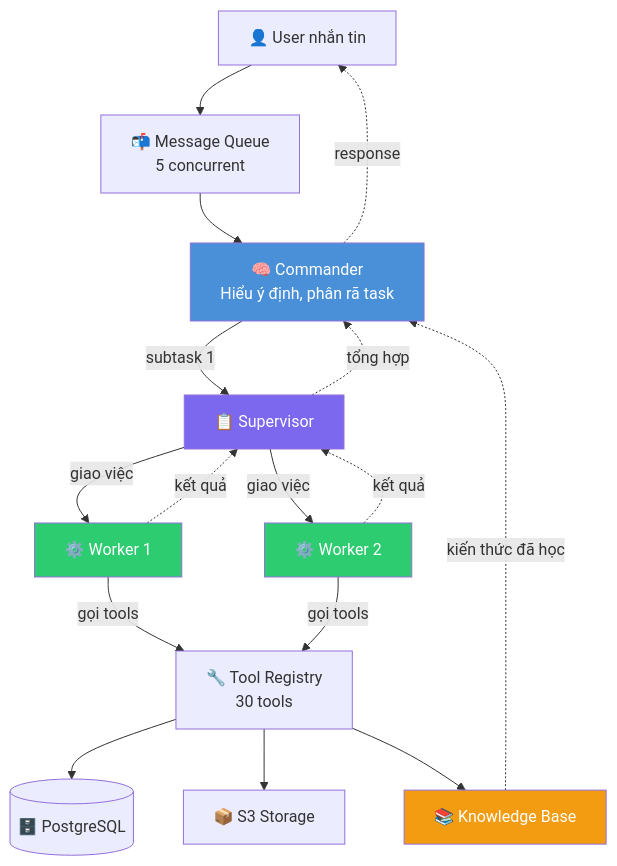
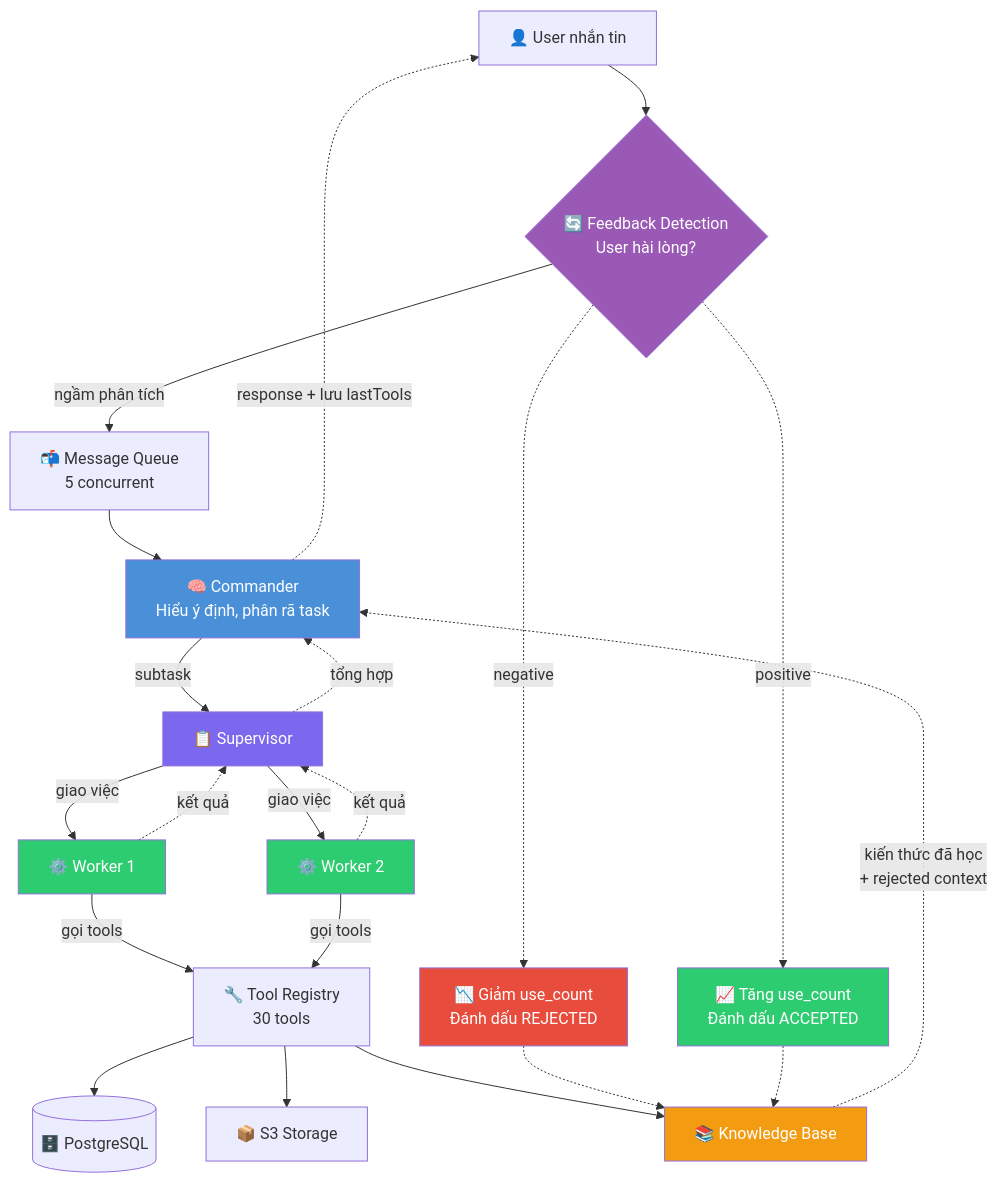
Before and after one commit to TungND2k2/OpenClaw: the second of 4 diagrams in README.md, drawn with Mermaid. The commit also changed other lines of this file, not shown here.

Commit message:
docs: add feedback loop to agent pipeline diagram

````diff
--- a/README.md
+++ b/README.md
@@ -51,25 +51,34 @@
 ```mermaid
 graph TD
-    U[👤 User nhắn tin] --> Q[📬 Message Queue<br/>5 concurrent]
+    U[👤 User nhắn tin] --> FB{🔄 Feedback Detection<br/>User hài lòng?}
+    FB -->|ngầm phân tích| Q[📬 Message Queue<br/>5 concurrent]
+    FB -.->|negative| KB_UPDATE[📉 Giảm use_count<br/>Đánh dấu REJECTED]
+    FB -.->|positive| KB_UP[📈 Tăng use_count<br/>Đánh dấu ACCEPTED]
+
     Q --> C[🧠 Commander<br/>Hiểu ý định, phân rã task]
 
-    C -->|subtask 1| S1[📋 Supervisor]
+    C -->|subtask| S1[📋 Supervisor]
     S1 -->|giao việc| W1[⚙️ Worker 1]
     S1 -->|giao việc| W2[⚙️ Worker 2]
 
     W1 & W2 -->|gọi tools| T[🔧 Tool Registry<br/>30 tools]
     T --> DB[(🗄️ PostgreSQL)]
     T --> S3[📦 S3 Storage]
     T --> KB[📚 Knowledge Base]
 
-    KB -.->|kiến thức đã học| C
+    KB -.->|kiến thức đã học<br/>+ rejected context| C
+    KB_UPDATE -.-> KB
+    KB_UP -.-> KB
     W1 & W2 -.->|kết quả| S1
     S1 -.->|tổng hợp| C
-    C -.->|response| U
+    C -.->|response + lưu lastTools| U
 
     style C fill:#4A90D9,color:#fff
     style S1 fill:#7B68EE,color:#fff
     style W1 fill:#2ECC71,color:#fff
     style W2 fill:#2ECC71,color:#fff
     style KB fill:#F39C12,color:#fff
+    style FB fill:#9B59B6,color:#fff
+    style KB_UPDATE fill:#E74C3C,color:#fff
+    style KB_UP fill:#2ECC71,color:#fff
 ```
````
